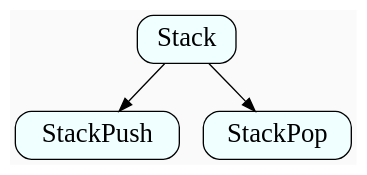
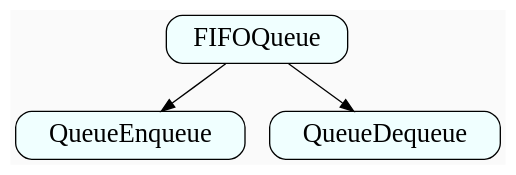
The diagram in serialize-blocking-operations-a.dot (sanjoy/auto-clustering-presentation), drawn with Graphviz before and after one commit. The commit also changed 2 other files, not shown here.

Commit message:
Fix bug: Stack operations don't block.

```diff
--- a/serialize-blocking-operations-a.dot
+++ b/serialize-blocking-operations-a.dot
@@ -1,7 +1,7 @@
 digraph {
   graph[bgcolor=gray98,compound=true]
   node[fontsize=20,shape=box,fillcolor=azure, style="filled,rounded"]
 
-  Stack -> StackPush
-  Stack -> StackPop
+  FIFOQueue -> QueueEnqueue
+  FIFOQueue -> QueueDequeue
 }
```
